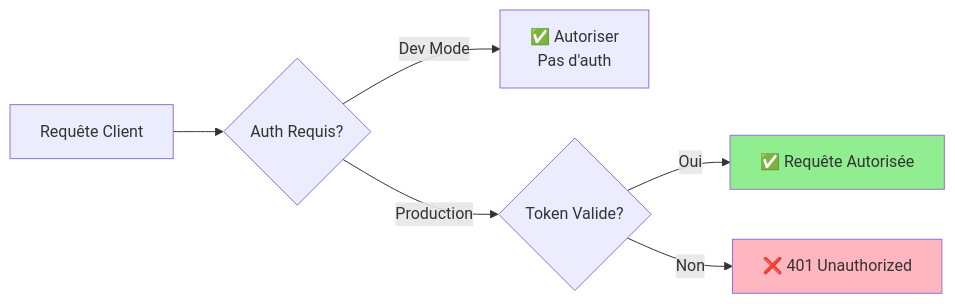
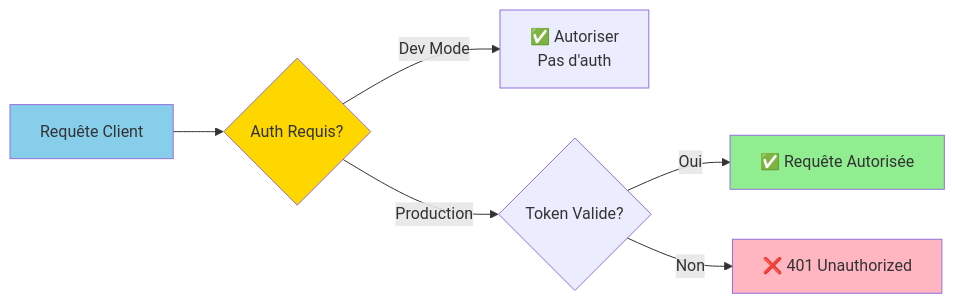
The fourth of 4 diagrams in docs/api/CONTRATS_REST_WS.md (arkalia-luna-system/bbia-sim), drawn with Mermaid before and after one commit. The commit also changed 5 other files, not shown here.

````diff
--- a/docs/api/CONTRATS_REST_WS.md
+++ b/docs/api/CONTRATS_REST_WS.md
@@ -106,13 +106,15 @@
 ```mermaid
 flowchart LR
     REQUEST[Requête Client] --> CHECK{Auth Requis?}
     
     CHECK -->|Dev Mode| ALLOW[✅ Autoriser<br/>Pas d'auth]
     CHECK -->|Production| TOKEN{Token Valide?}
     
     TOKEN -->|Oui| SUCCESS[✅ Requête Autorisée]
     TOKEN -->|Non| DENY[❌ 401 Unauthorized]
     
     style SUCCESS fill:#90EE90
     style DENY fill:#FFB6C1
+    style CHECK fill:#FFD700
+    style REQUEST fill:#87CEEB
 ```
````
